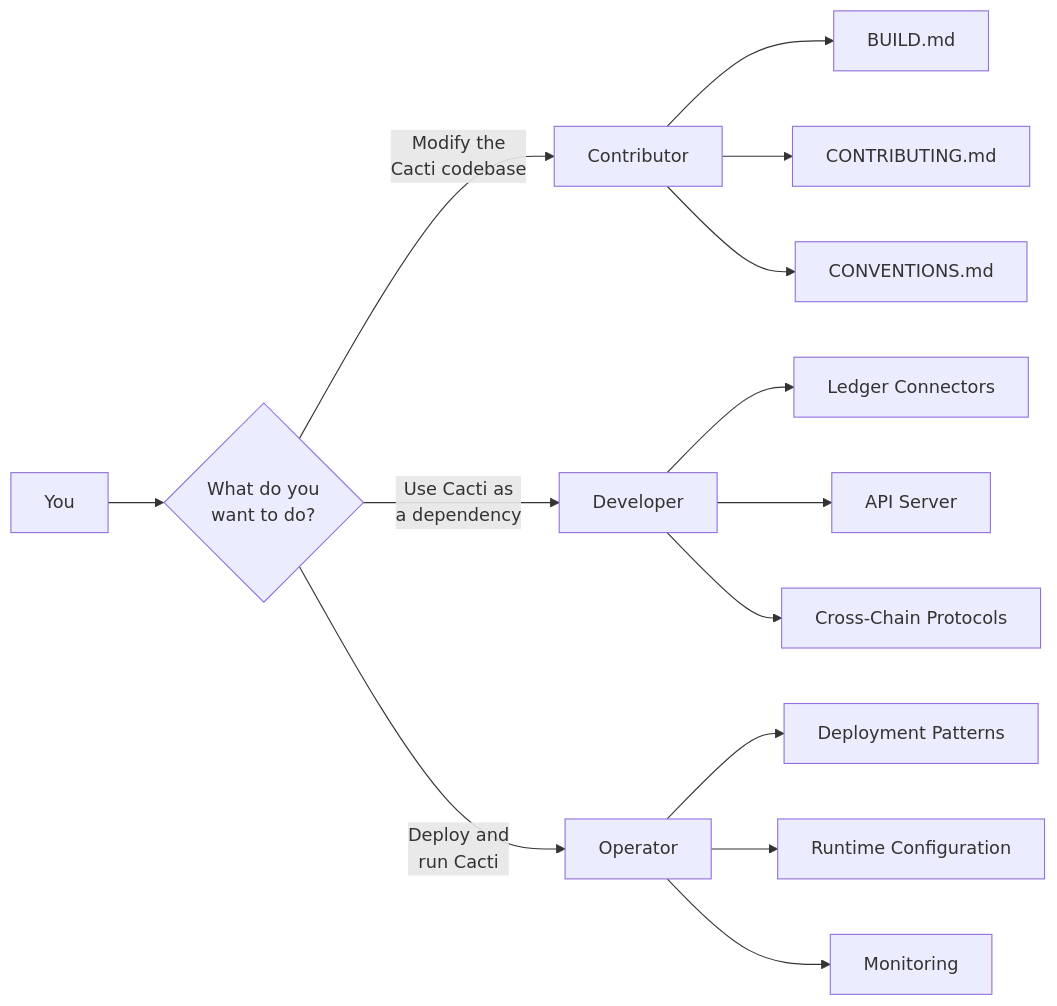
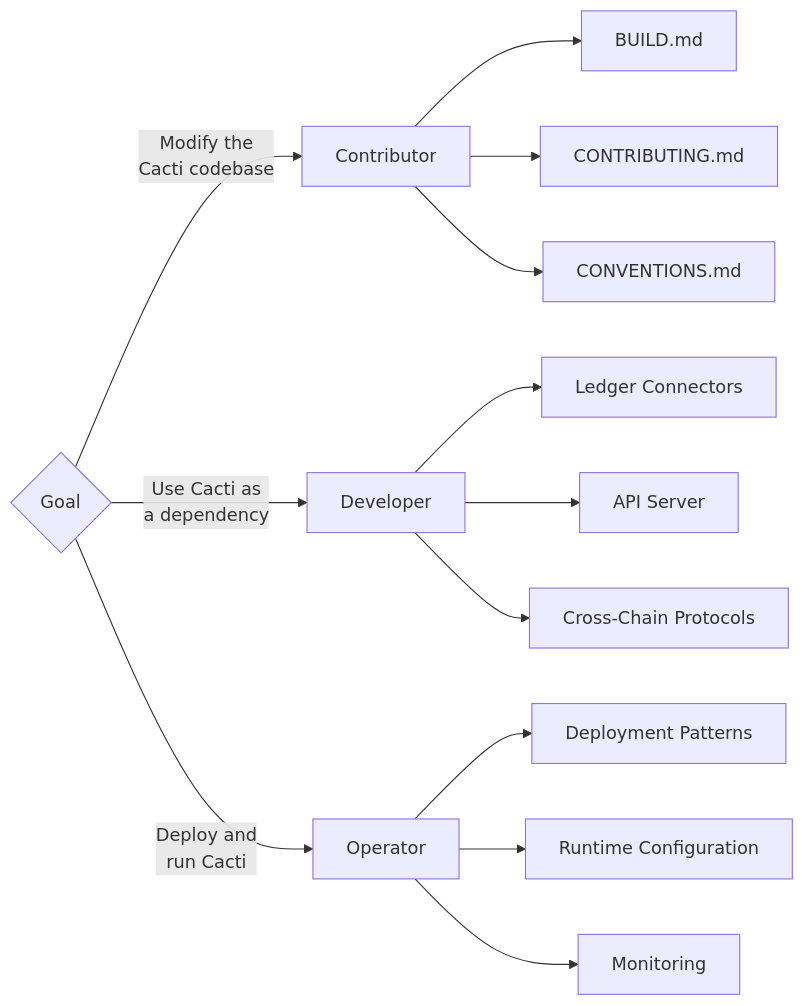
Before and after one commit to hyperledger-cacti/cacti: the diagram in START_HERE.md, drawn with Mermaid. The commit also changed other lines of this file and 4 other files, not shown here.

````diff
--- a/START_HERE.md
+++ b/START_HERE.md
@@ -24,19 +24,19 @@
 ```mermaid
 flowchart LR
-    A["You"] --> B{"What do you<br/>want to do?"}
+    B{"Goal"}
     B -->|"Modify the<br/>Cacti codebase"| C["Contributor"]
     B -->|"Use Cacti as<br/>a dependency"| D["Developer"]
     B -->|"Deploy and<br/>run Cacti"| E["Operator"]
 
     C --> C1["BUILD.md"]
     C --> C2["CONTRIBUTING.md"]
     C --> C3["CONVENTIONS.md"]
 
     D --> D1["Ledger Connectors"]
     D --> D2["API Server"]
     D --> D3["Cross-Chain Protocols"]
 
     E --> E1["Deployment Patterns"]
     E --> E2["Runtime Configuration"]
     E --> E3["Monitoring"]
 ```
````
